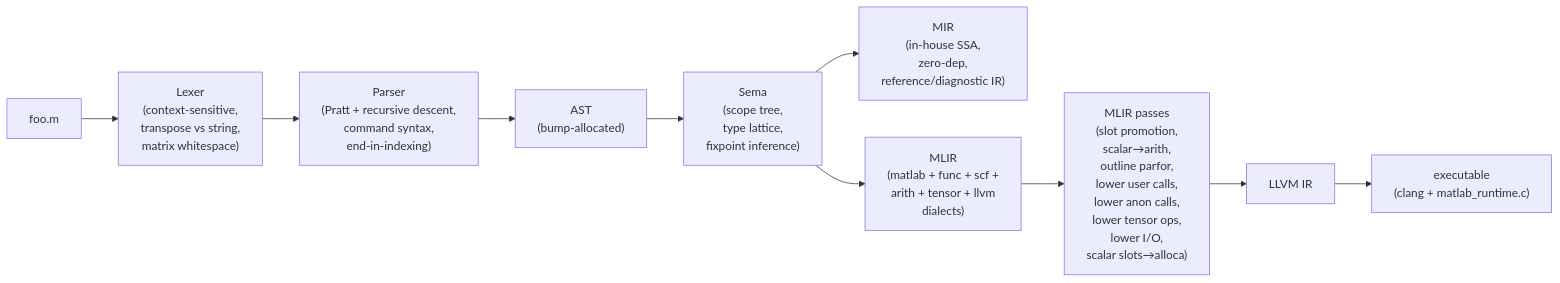
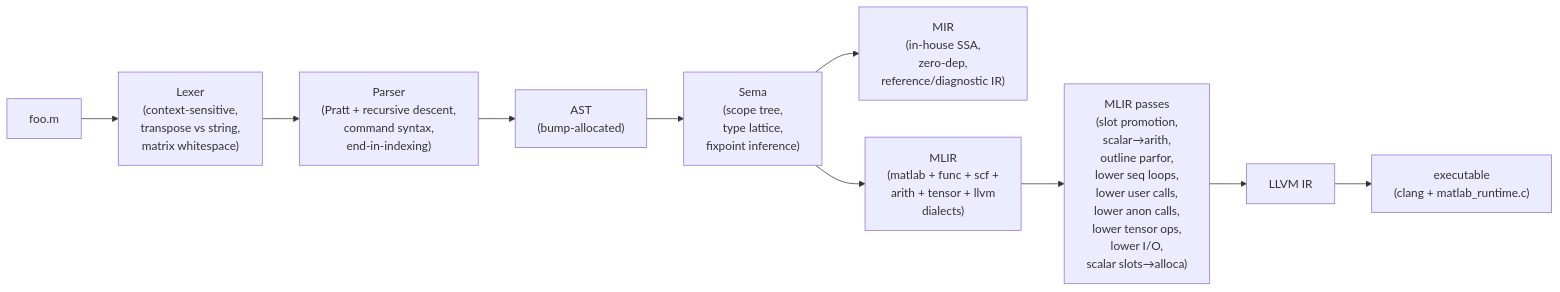
The first of 4 diagrams in README.md (leonardoaraujosantos/matlab_llvm), drawn with Mermaid before and after one commit. The commit also changed other lines of this file, not shown here.

First line of the commit message:
docs: sync README after sequential loops, handles, multi-recursion, nargout, implicit display

````diff
--- a/README.md
+++ b/README.md
@@ -65,12 +92,12 @@
 ```mermaid
 flowchart LR
   src["foo.m"] --> lex["Lexer<br/>(context-sensitive,<br/>transpose vs string,<br/>matrix whitespace)"]
   lex --> parse["Parser<br/>(Pratt + recursive descent,<br/>command syntax,<br/>end-in-indexing)"]
   parse --> ast["AST<br/>(bump-allocated)"]
   ast --> sema["Sema<br/>(scope tree,<br/>type lattice,<br/>fixpoint inference)"]
   sema --> mir["MIR<br/>(in-house SSA,<br/>zero-dep,<br/>reference/diagnostic IR)"]
   sema --> mlir["MLIR<br/>(matlab + func + scf +<br/>arith + tensor + llvm<br/>dialects)"]
-  mlir --> passes["MLIR passes<br/>(slot promotion,<br/>scalar→arith,<br/>outline parfor,<br/>lower user calls,<br/>lower anon calls,<br/>lower tensor ops,<br/>lower I/O,<br/>scalar slots→alloca)"]
+  mlir --> passes["MLIR passes<br/>(slot promotion,<br/>scalar→arith,<br/>outline parfor,<br/>lower seq loops,<br/>lower user calls,<br/>lower anon calls,<br/>lower tensor ops,<br/>lower I/O,<br/>scalar slots→alloca)"]
   passes --> llvmir["LLVM IR"]
   llvmir --> exe["executable<br/>(clang + matlab_runtime.c)"]
 ```
````
